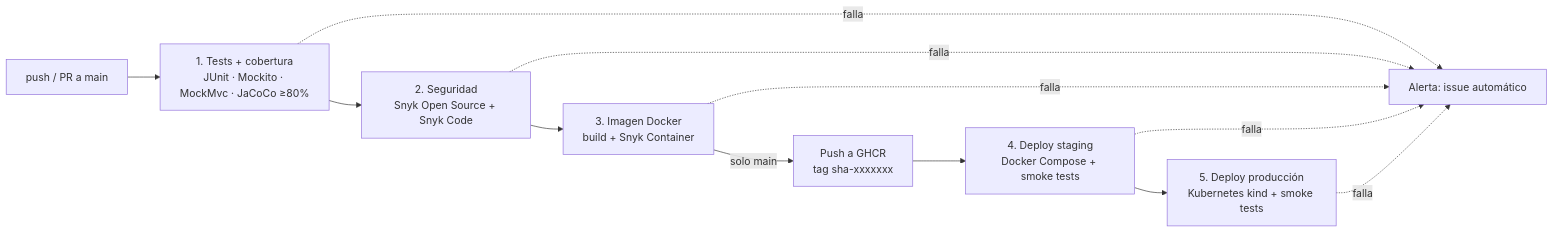
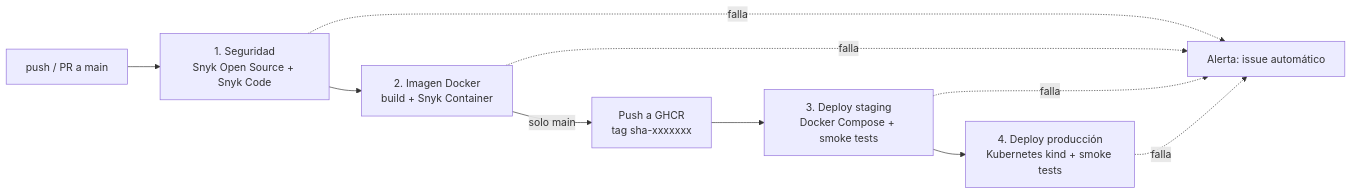
One commit to panda2048-max/evaluacion2devops changed the diagram in README.md. Above: the diagram before and after it, drawn with Mermaid. The commit also changed other lines of this file and 2 other files, not shown here.

Commit message:
arreglando errores con snyk

````diff
--- a/README.md
+++ b/README.md
@@ -38,14 +38,12 @@
 ```mermaid
 flowchart LR
-    A[push / PR a main] --> B[1. Tests + cobertura<br/>JUnit · Mockito · MockMvc · JaCoCo ≥80%]
-    B --> C[2. Seguridad<br/>Snyk Open Source + Snyk Code]
-    C --> D[3. Imagen Docker<br/>build + Snyk Container]
+    A[push / PR a main] --> C[1. Seguridad<br/>Snyk Open Source + Snyk Code]
+    C --> D[2. Imagen Docker<br/>build + Snyk Container]
     D -->|solo main| E[Push a GHCR<br/>tag sha-xxxxxxx]
-    E --> F[4. Deploy staging<br/>Docker Compose + smoke tests]
-    F --> G[5. Deploy producción<br/>Kubernetes kind + smoke tests]
-    B -. falla .-> X[Alerta: issue automático]
-    C -. falla .-> X
+    E --> F[3. Deploy staging<br/>Docker Compose + smoke tests]
+    F --> G[4. Deploy producción<br/>Kubernetes kind + smoke tests]
+    C -. falla .-> X[Alerta: issue automático]
     D -. falla .-> X
     F -. falla .-> X
     G -. falla .-> X
 ```
````
